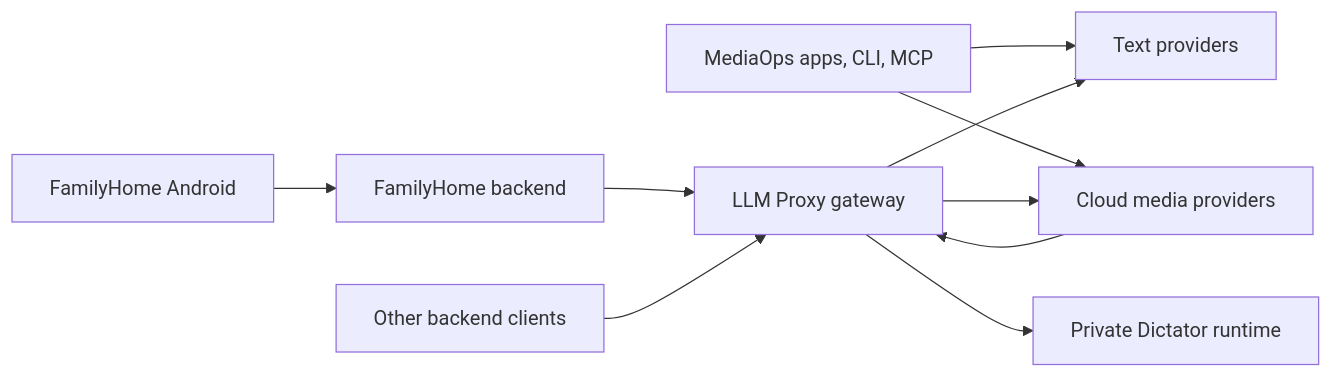
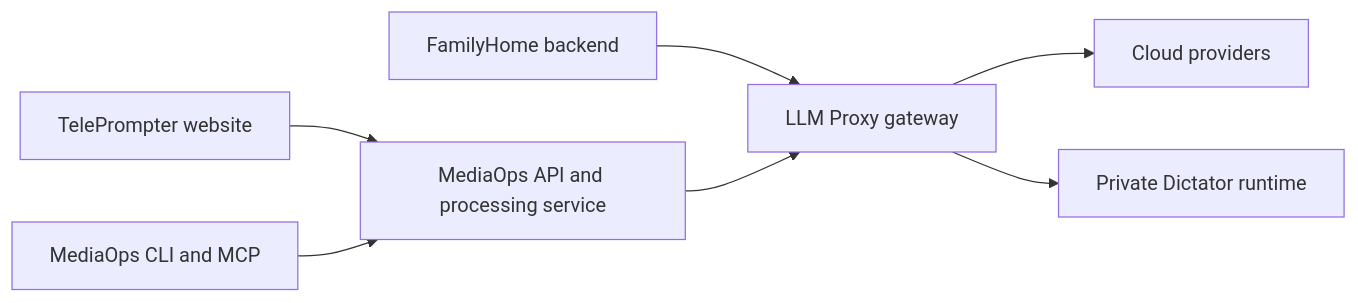
The diagram in docs/media-gateway-consolidation.md (tyemirov/llm-proxy), drawn with Mermaid before and after one commit. The commit also changed other lines of this file and 1 other file, not shown here.

First line of the commit message:
docs: revise media gateway consolidation boundary and ownership

````diff
--- a/docs/media-gateway-consolidation.md
+++ b/docs/media-gateway-consolidation.md
@@ -27,12 +27,9 @@
 ```mermaid
 flowchart LR
-    A[FamilyHome Android] --> B[FamilyHome backend]
-    B --> G[LLM Proxy gateway]
-    M[MediaOps apps, CLI, MCP] --> P[MediaOps provider adapter]
-    P --> G
-    M --> L[MediaOps local processing and application data]
-    C[Other backend clients] --> G
-    G --> L[Text providers]
-    G --> P[Cloud media providers]
+    F[FamilyHome backend] --> G[LLM Proxy gateway]
+    T[TelePrompter website] --> M[MediaOps API and processing service]
+    C[MediaOps CLI and MCP] --> M
+    M --> G
+    G --> P[Cloud providers]
     G --> D[Private Dictator runtime]
 ```
````
